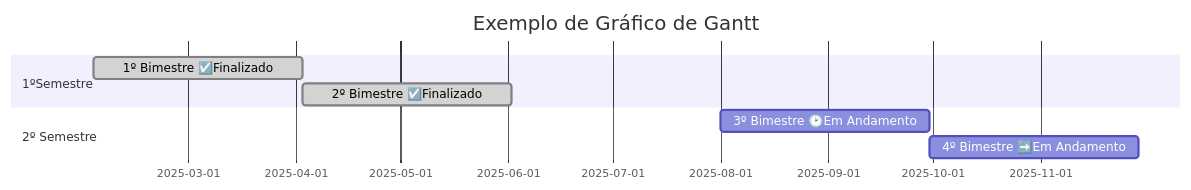
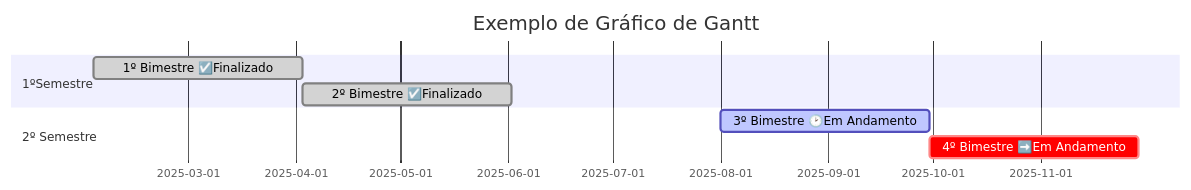
One commit to ViniSouzaCosta/Gr-fico-Gantt changed the third of 3 diagrams in README.md. Above: the diagram before and after it, drawn with Mermaid.

````diff
--- a/README.md
+++ b/README.md
@@ -20,11 +20,11 @@
 ```mermaid
 gantt
    title Exemplo de Gráfico de Gantt
    dateFormat YYYY-MM-DD
    section 1ºSemestre
    1º Bimestre ☑️Finalizado:done, 2025-02-02, 60d
    2º Bimestre ☑️Finalizado:done, after a1, 60d
    section 2º Semestre
-   3º Bimestre 🕑Em Andamento:active a3, 2025-08-01, 60d
-   4º Bimestre ➡️Em Andamento:crit a4, after a3,60d
+   3º Bimestre 🕑Em Andamento:active, a3, 2025-08-01, 60d
+   4º Bimestre ➡️Em Andamento:crit, a4, after a3,60d
 ```
````
